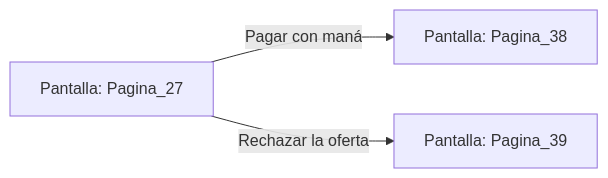
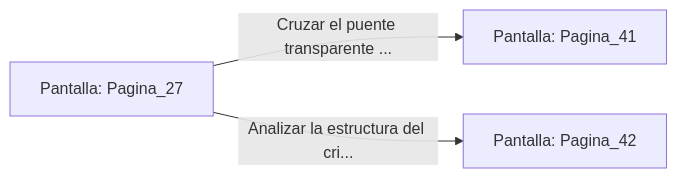
Before and after one commit to metsuke/mpl: the diagram in sample/eligejuego-vault/Pantalla_Pagina_27.md, drawn with Mermaid. The commit also changed other lines of this file and 635 other files, not shown here.

First line of the commit message:
fix: añadir Pagina_1 como pantalla inicial en capitulo_01.mpl

````diff
--- a/sample/eligejuego-vault/Pantalla_Pagina_27.md
+++ b/sample/eligejuego-vault/Pantalla_Pagina_27.md
@@ -17,6 +20,6 @@
 ```mermaid
 graph LR
     P_Pagina_27["Pantalla: Pagina_27"]
-    P_Pagina_27 -->|"Pagar con maná"| P_Pagina_38["Pantalla: Pagina_38"]
-    P_Pagina_27 -->|"Rechazar la oferta"| P_Pagina_39["Pantalla: Pagina_39"]
+    P_Pagina_27 -->|"Cruzar el puente transparente ..."| P_Pagina_41["Pantalla: Pagina_41"]
+    P_Pagina_27 -->|"Analizar la estructura del cri..."| P_Pagina_42["Pantalla: Pagina_42"]
 ```
````
